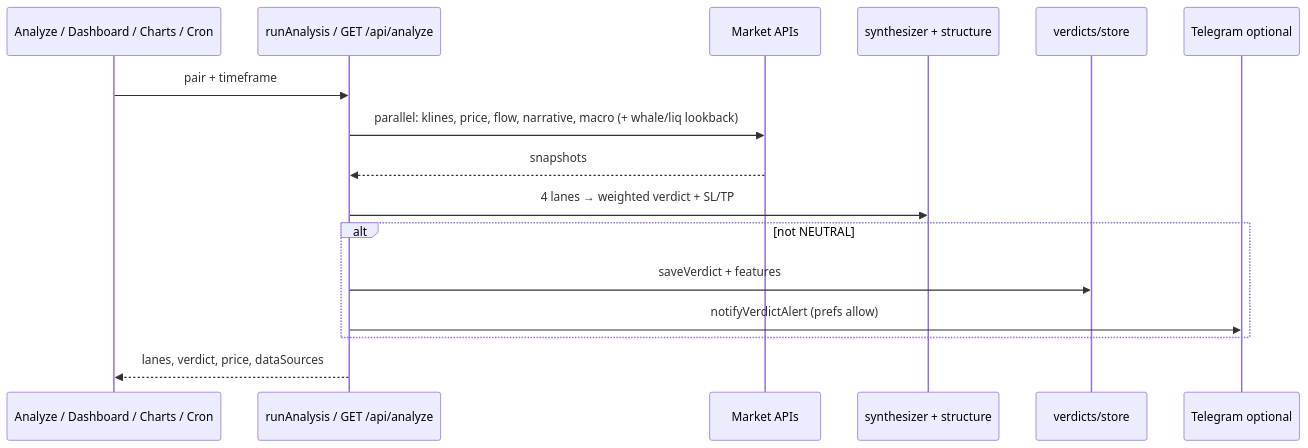
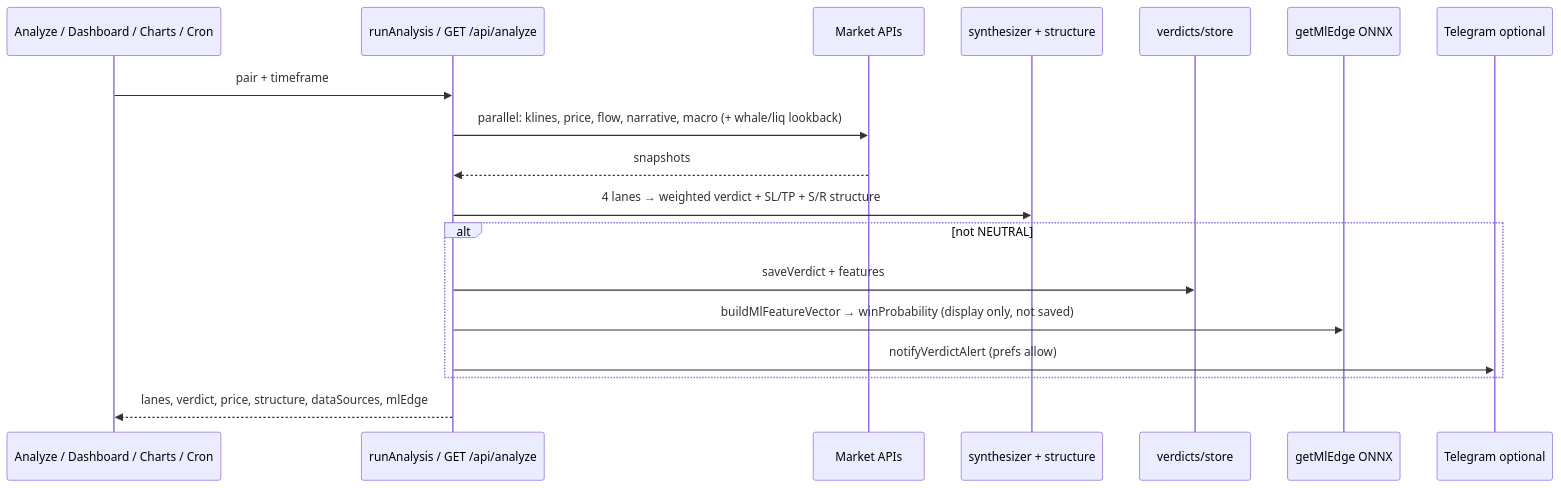
The second of 4 diagrams in docs/PROJECT.md (bistdheerendra/crypto-tracker), drawn with Mermaid before and after one commit. The commit also changed other lines of this file and 2 other files, not shown here.

Commit message:
Retrain and export ML baseline ONNX for live edge.

````diff
--- a/docs/PROJECT.md
+++ b/docs/PROJECT.md
@@ -118,19 +140,21 @@
 ```mermaid
 sequenceDiagram
   participant UI as Analyze / Dashboard / Charts / Cron
   participant API as runAnalysis / GET /api/analyze
   participant Ext as Market APIs
   participant Synth as synthesizer + structure
   participant Store as verdicts/store
+  participant ML as getMlEdge ONNX
   participant TG as Telegram optional
 
   UI->>API: pair + timeframe
   API->>Ext: parallel: klines, price, flow, narrative, macro (+ whale/liq lookback)
   Ext-->>API: snapshots
-  API->>Synth: 4 lanes → weighted verdict + SL/TP
+  API->>Synth: 4 lanes → weighted verdict + SL/TP + S/R structure
   alt not NEUTRAL
     API->>Store: saveVerdict + features
+    API->>ML: buildMlFeatureVector → winProbability (display only, not saved)
     API->>TG: notifyVerdictAlert (prefs allow)
   end
-  API-->>UI: lanes, verdict, price, dataSources
+  API-->>UI: lanes, verdict, price, structure, dataSources, mlEdge
 ```
````
